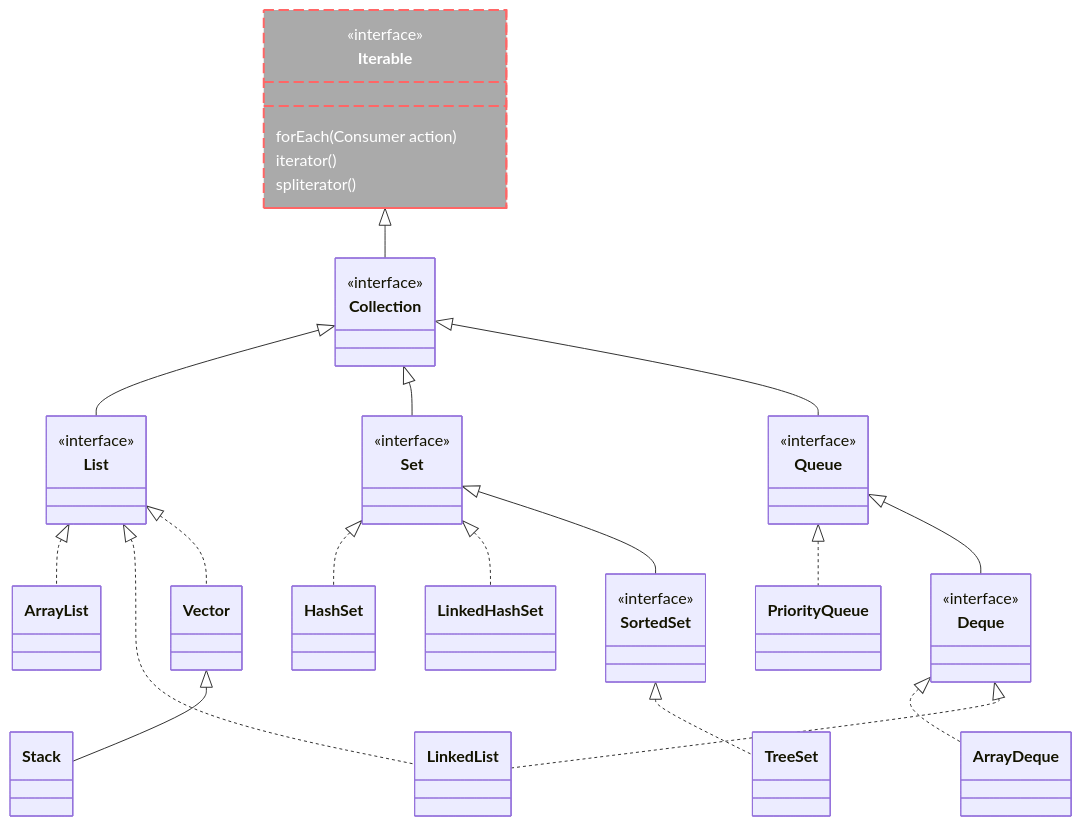
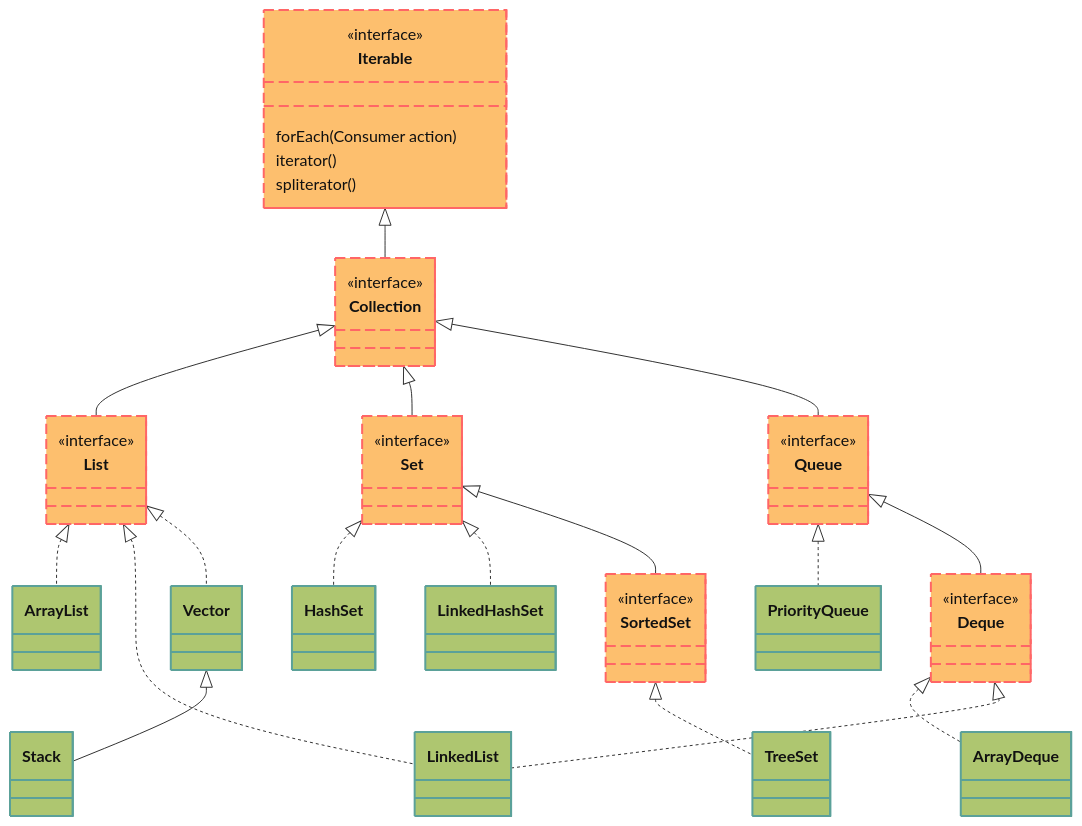
Before and after one commit to ViktSh-SPb/Java-Learn: the diagram in Заметки/Коллекции.md, drawn with Mermaid. The commit also changed other lines of this file, not shown here.

Commit message:
vault backup: 2025-05-16 14:39:51

````diff
--- a/Заметки/Коллекции.md
+++ b/Заметки/Коллекции.md
@@ -20,62 +3,62 @@
 ```mermaid
 %% Иерархия коллекций Java (интерфейсы и классы)
 classDiagram
   %% ===== Интерфейсы =====
   class Iterable:::interface {
     <<interface>>
     forEach(Consumer<? super T> action)
     iterator()
     spliterator()
   }
-  class Collection {
+  class Collection:::interface {
     <<interface>>
   }
-  class List {
+  class List:::interface {
     <<interface>>
   }
-  class Set {
+  class Set:::interface {
     <<interface>>
   }
-  class SortedSet {
+  class SortedSet:::interface {
     <<interface>>
   }
-  class Queue {
+  class Queue:::interface {
     <<interface>>
   }
-  class Deque {
+  class Deque:::interface {
     <<interface>>
   }
 
 
   %% ===== Классы =====
-  class ArrayList
-  class LinkedList
-  class Vector
-  class Stack
-  class HashSet
-  class LinkedHashSet
-  class TreeSet
-  class PriorityQueue
-  class ArrayDeque
+  class ArrayList:::clazz
+  class LinkedList:::clazz
+  class Vector:::clazz
+  class Stack:::clazz
+  class HashSet:::clazz
+  class LinkedHashSet:::clazz
+  class TreeSet:::clazz
+  class PriorityQueue:::clazz
+  class ArrayDeque:::clazz
 
   %% ===== Наследование Collection =====
   Iterable <|-- Collection
   Collection <|-- List
   Collection <|-- Set
   Collection <|-- Queue
   List <|.. ArrayList
   List <|.. LinkedList
   List <|.. Vector
   Vector <|-- Stack
   Set <|.. HashSet
   Set <|.. LinkedHashSet
   Set <|-- SortedSet
   SortedSet <|.. TreeSet
   Queue <|.. PriorityQueue
   Queue <|-- Deque
   Deque <|.. ArrayDeque
   Deque <|.. LinkedList
 
-  classDef interface fill:#aaa,stroke:#f66,stroke-width:2px,color:#fff,stroke-dasharray: 10 5
-
+classDef interface fill:#fdbf6e,stroke:#f66,stroke-width:2px,color:#111,stroke-dasharray: 10 5
+classDef clazz fill:#aec670,stroke:#5ba199,stroke-width:2px,color:#111
 ```
````
